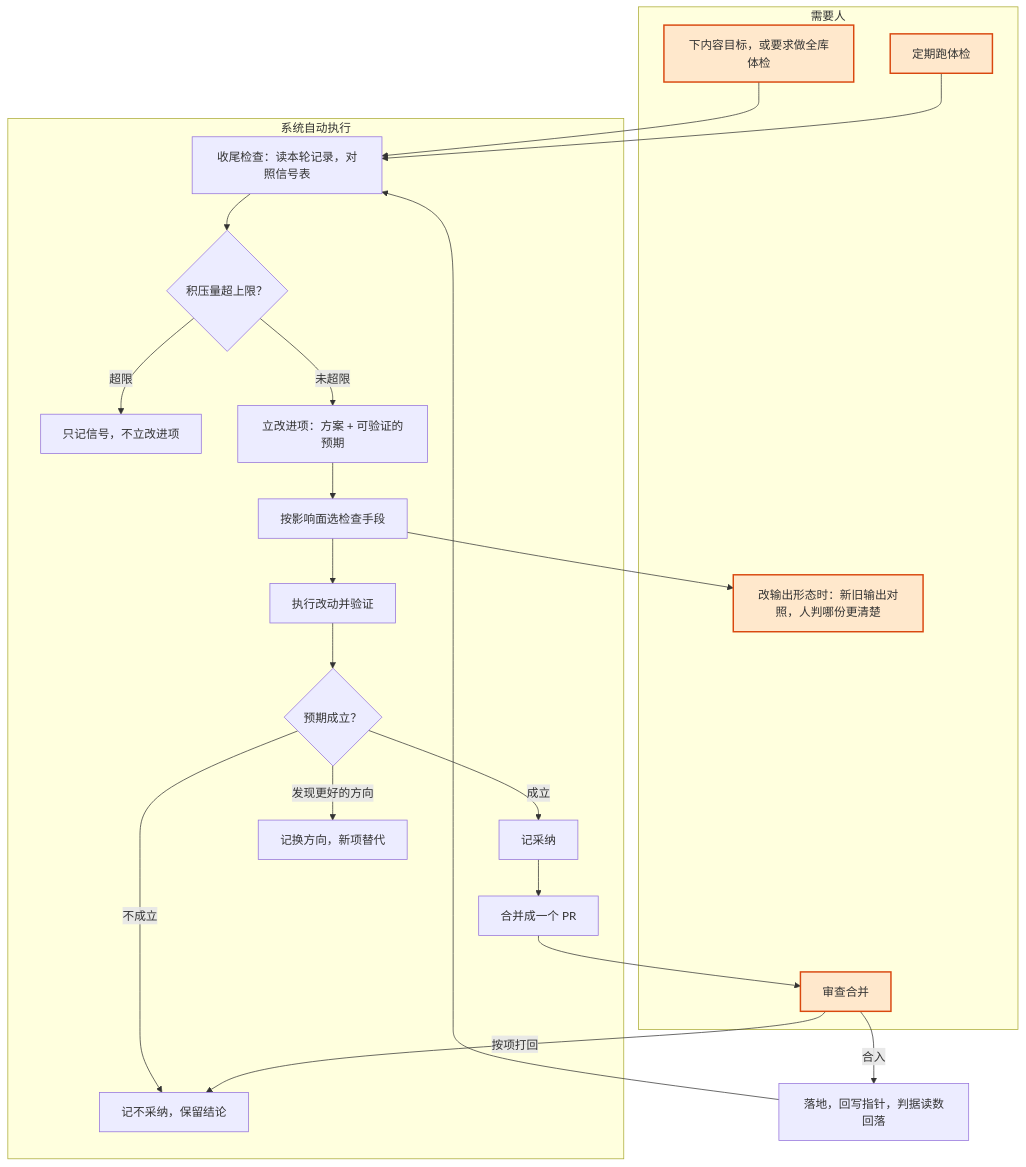
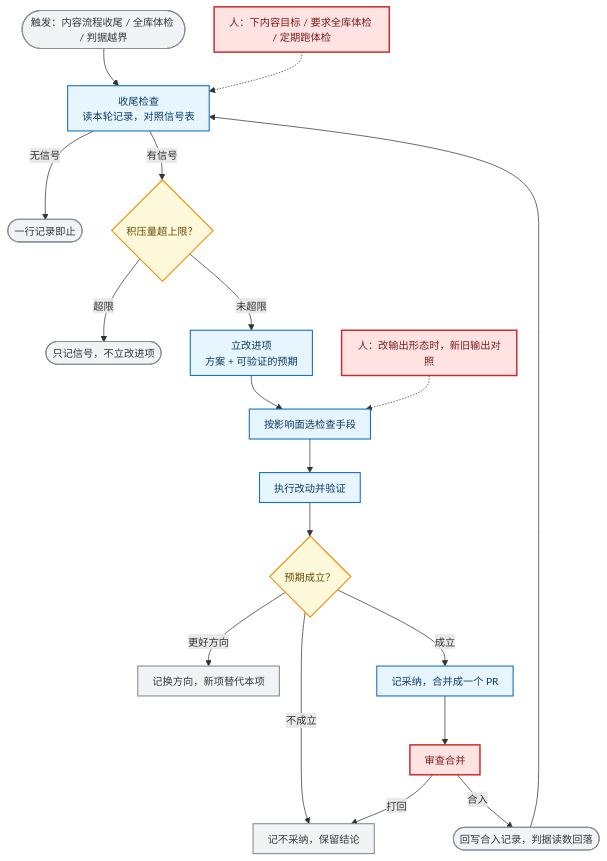
Before and after one commit to pillumina/ascend-sleuth: the second of 3 diagrams in docs/mechanism/rsi-mechanism.md, drawn with Mermaid. The commit also changed other lines of this file, not shown here.

First line of the commit message:
docs(rsi): 三张流程图重画（配色分角色、控制比例、明暗主题都可读）

````diff
--- a/docs/mechanism/rsi-mechanism.md
+++ b/docs/mechanism/rsi-mechanism.md
@@ -90,31 +92,26 @@
 ```mermaid
+%%{init: {'themeVariables':{'fontSize':'14px'},'flowchart':{'curve':'basis','nodeSpacing':40,'rankSpacing':46,'padding':10}}}%%
 flowchart TD
-    subgraph AUTO["系统自动执行"]
-        A1["收尾检查：读本轮记录，对照信号表"] --> A2{"积压量超上限？"}
-        A2 -->|超限| A3["只记信号，不立改进项"]
-        A2 -->|未超限| A4["立改进项：方案 + 可验证的预期"]
-        A4 --> A5["按影响面选检查手段"]
-        A5 --> A6["执行改动并验证"]
-        A6 --> A7{"预期成立？"}
-        A7 -->|成立| A8["记采纳"]
-        A7 -->|不成立| A9["记不采纳，保留结论"]
-        A7 -->|发现更好的方向| A10["记换方向，新项替代"]
-        A8 --> A11["合并成一个 PR"]
-    end
-    subgraph MAN["需要人"]
-        M1["下内容目标，或要求做全库体检"]
-        M2["改输出形态时：新旧输出对照，人判哪份更清楚"]
-        M3["审查合并"]
-        M4["定期跑体检"]
-    end
-    M1 --> A1
-    M4 --> A1
-    A5 --> M2
-    A11 --> M3
-    M3 -->|合入| DONE["落地，回写指针，判据读数回落"]
-    M3 -->|按项打回| A9
-    DONE --> A1
+    T(["触发：内容流程收尾 / 全库体检 / 判据越界"]) --> A1["收尾检查<br/>读本轮记录，对照信号表"]
+    A1 -->|无信号| Z1(["一行记录即止"])
+    A1 -->|有信号| Q2{"积压量超上限？"}
+    Q2 -->|超限| Z2(["只记信号，不立改进项"])
+    Q2 -->|未超限| A4["立改进项<br/>方案 + 可验证的预期"]
+    A4 --> A5["按影响面选检查手段"] --> A6["执行改动并验证"] --> Q3{"预期成立？"}
+    Q3 -->|不成立| Z3["记不采纳，保留结论"]
+    Q3 -->|更好方向| Z4["记换方向，新项替代本项"]
+    Q3 -->|成立| A11["记采纳，合并成一个 PR"] --> M3["审查合并"]
+    M3 -->|打回| Z3
+    M3 -->|合入| DONE(["回写合入记录，判据读数回落"]) --> A1
+    M1["人：下内容目标 / 要求全库体检 / 定期跑体检"] -.-> A1
+    M2["人：改输出形态时，新旧输出对照"] -.-> A5
 
-    classDef human fill:#ffe8cc,stroke:#d9480f,stroke-width:2px
-    class M1,M2,M3,M4 human
+    classDef auto fill:#e7f5ff,stroke:#1971c2,stroke-width:1.5px,color:#0b3d66
+    classDef dec fill:#fff9db,stroke:#f08c00,stroke-width:1.5px,color:#664d03
+    classDef human fill:#ffe3e3,stroke:#c92a2a,stroke-width:2px,color:#7a1c1c
+    classDef term fill:#f1f3f5,stroke:#868e96,stroke-width:1.5px,color:#343a40
+    class A1,A4,A5,A6,A11 auto
+    class Q2,Q3 dec
+    class M1,M2,M3 human
+    class T,Z1,Z2,Z3,Z4,DONE term
 ```
````
